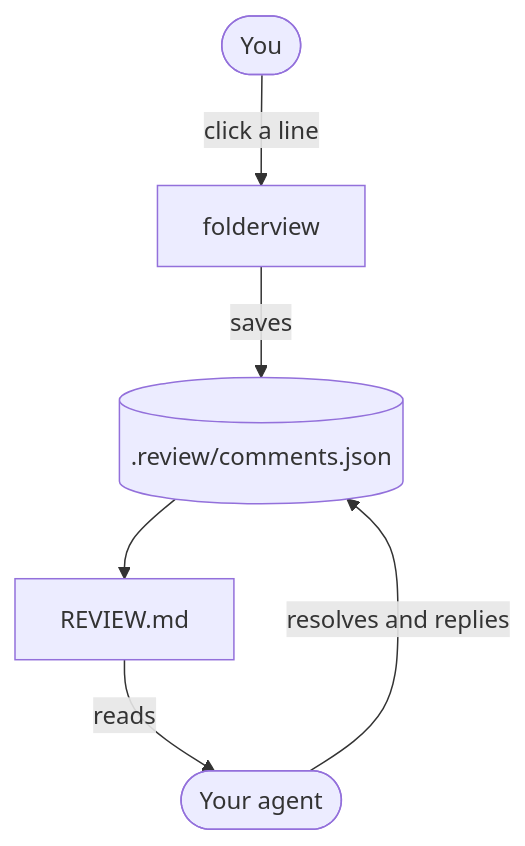
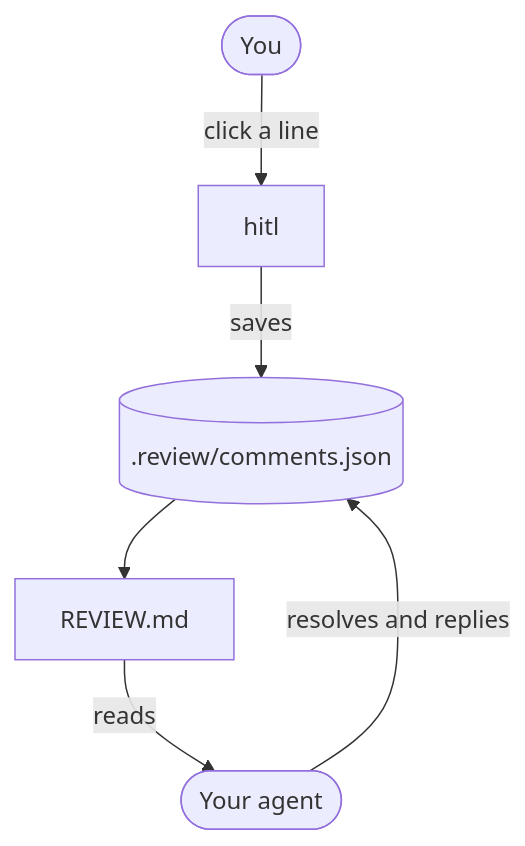
One commit to ClickerMonkey/hitloop changed the first of 2 diagrams in docs/examples/markdown.md. Above: the diagram before and after it, drawn with Mermaid. The commit also changed other lines of this file and 46 other files, not shown here.

````diff
--- a/docs/examples/markdown.md
+++ b/docs/examples/markdown.md
@@ -15,8 +15,8 @@
 ```mermaid
 flowchart TD
-  you([You]) -->|click a line| cv[folderview]
+  you([You]) -->|click a line| cv[hitl]
   cv -->|saves| json[(.review/comments.json)]
   json --> md[REVIEW.md]
   md -->|reads| agent([Your agent])
   agent -->|resolves and replies| json
 ```
````
